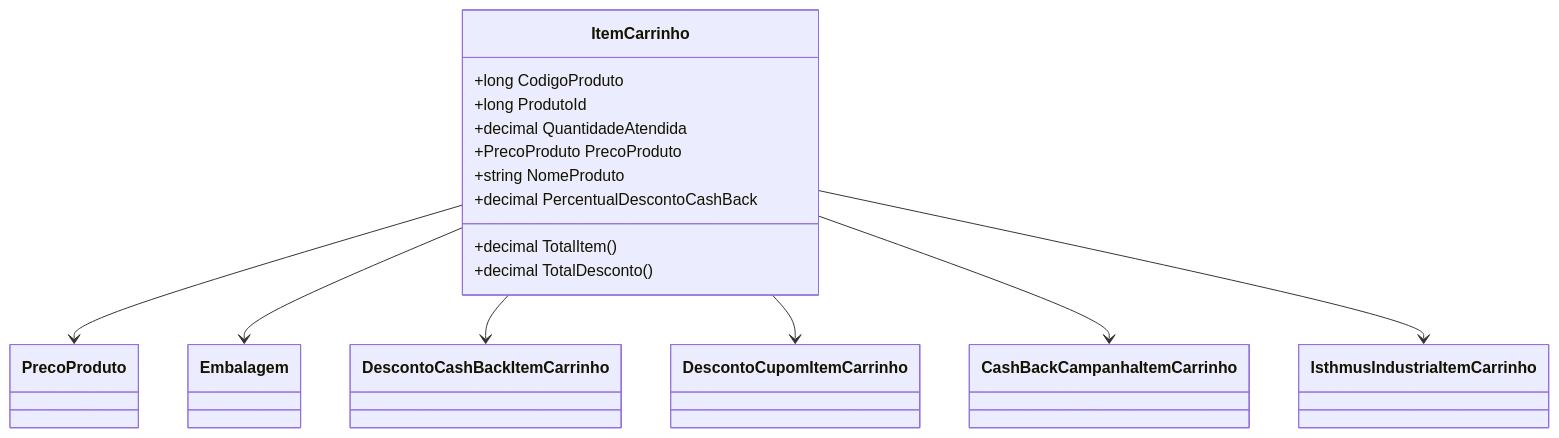
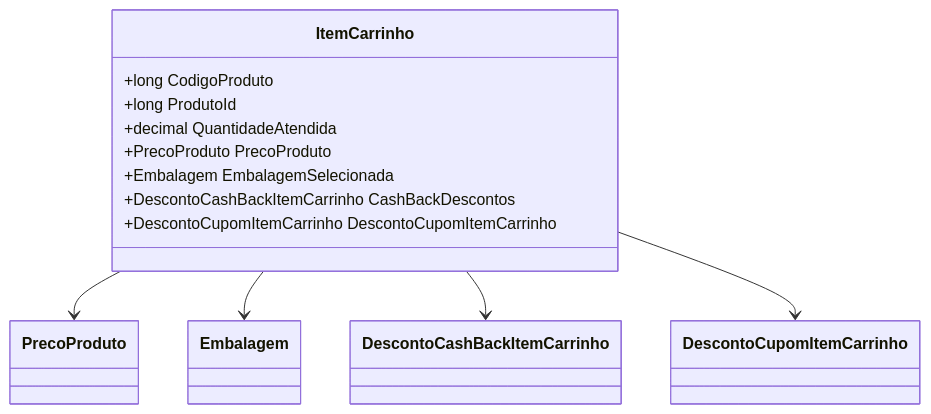
One commit to IsthmusSistemas/documentacao-tecnica changed the second of 2 diagrams in docs/b2b-dominio/IsthmusWinthor.Nucleo/IsthmusWinthor.Dominio/POCO/Carrinho/ItemCarrinho.md. Above: the diagram before and after it, drawn with Mermaid. The commit also changed other lines of this file and 882 other files, not shown here.

````diff
--- a/docs/b2b-dominio/IsthmusWinthor.Nucleo/IsthmusWinthor.Dominio/POCO/Carrinho/ItemCarrinho.md
+++ b/docs/b2b-dominio/IsthmusWinthor.Nucleo/IsthmusWinthor.Dominio/POCO/Carrinho/ItemCarrinho.md
@@ -109,19 +96,22 @@
 ```mermaid
 classDiagram
     class ItemCarrinho {
         +long CodigoProduto
         +long ProdutoId
         +decimal QuantidadeAtendida
         +PrecoProduto PrecoProduto
-        +string NomeProduto
-        +decimal TotalItem()
-        +decimal TotalDesconto()
-        +decimal PercentualDescontoCashBack
+        +Embalagem EmbalagemSelecionada
+        +DescontoCashBackItemCarrinho CashBackDescontos
+        +DescontoCupomItemCarrinho DescontoCupomItemCarrinho
     }
+
+    class PrecoProduto
+    class Embalagem
+    class DescontoCashBackItemCarrinho
+    class DescontoCupomItemCarrinho
+    
     ItemCarrinho --> PrecoProduto
     ItemCarrinho --> Embalagem
     ItemCarrinho --> DescontoCashBackItemCarrinho
     ItemCarrinho --> DescontoCupomItemCarrinho
-    ItemCarrinho --> CashBackCampanhaItemCarrinho
-    ItemCarrinho --> IsthmusIndustriaItemCarrinho
 ```
````
